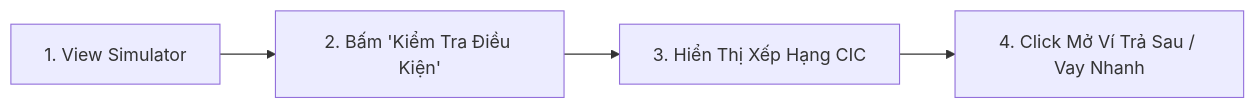
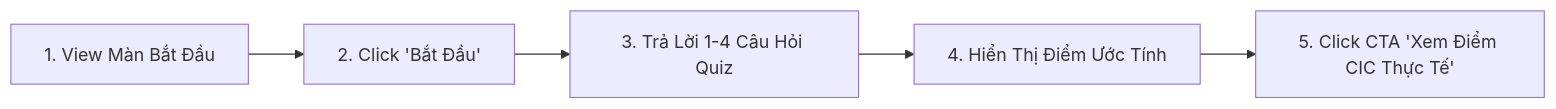
The ninth of 13 diagrams in umami_utility_tracking.md (vanhien26/hienho-knowledgebase), drawn with Mermaid before and after one commit. The commit also changed other lines of this file and 92 other files, not shown here.

````diff
--- a/umami_utility_tracking.md
+++ b/umami_utility_tracking.md
@@ -381,6 +372,7 @@
 ```mermaid
 graph LR
-    Step1["1. View Simulator"] --> Step2["2. Bấm 'Kiểm Tra Điều Kiện'"]
-    Step2 --> Step3["3. Hiển Thị Xếp Hạng CIC"]
-    Step3 --> Step4["4. Click Mở Ví Trả Sau / Vay Nhanh"]
+    Step1["1. View Màn Bắt Đầu"] --> Step2["2. Click 'Bắt Đầu'"]
+    Step2 --> Step3["3. Trả Lời 1-4 Câu Hỏi Quiz"]
+    Step3 --> Step4["4. Hiển Thị Điểm Ước Tính"]
+    Step4 --> Step5["5. Click CTA 'Xem Điểm CIC Thực Tế'"]
 ```
````
